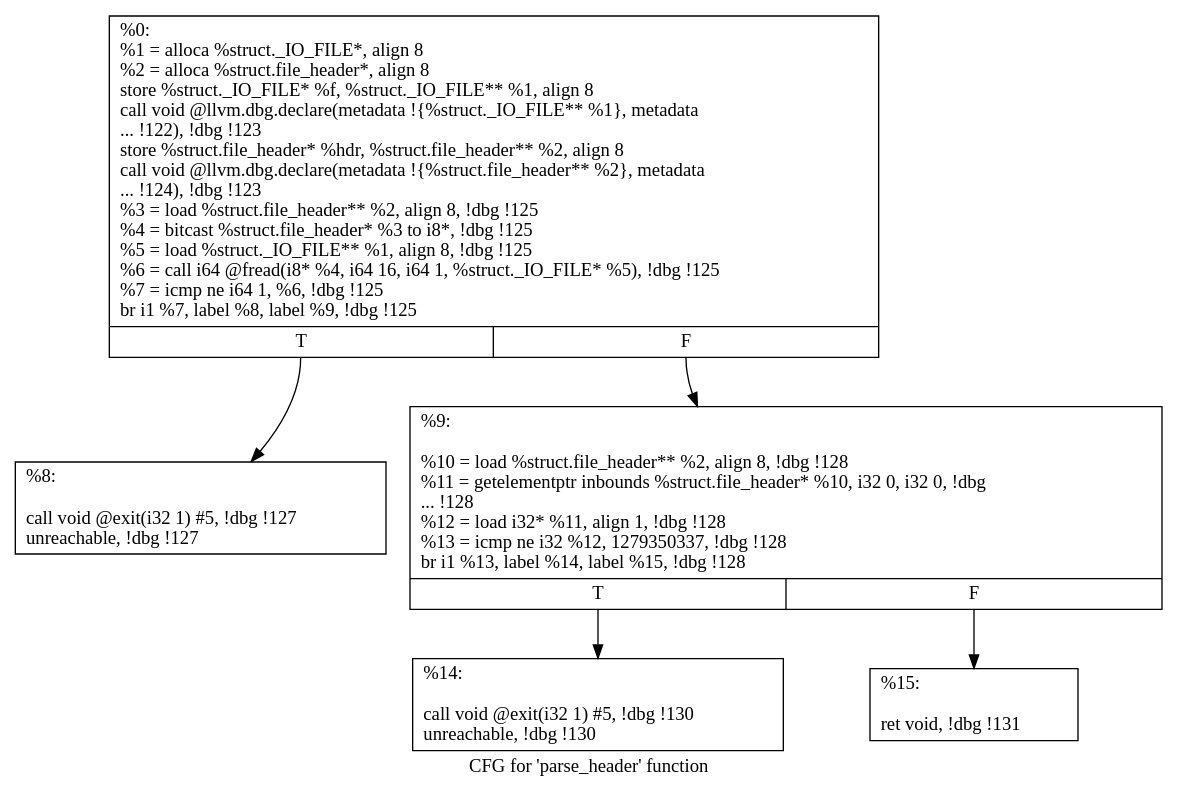
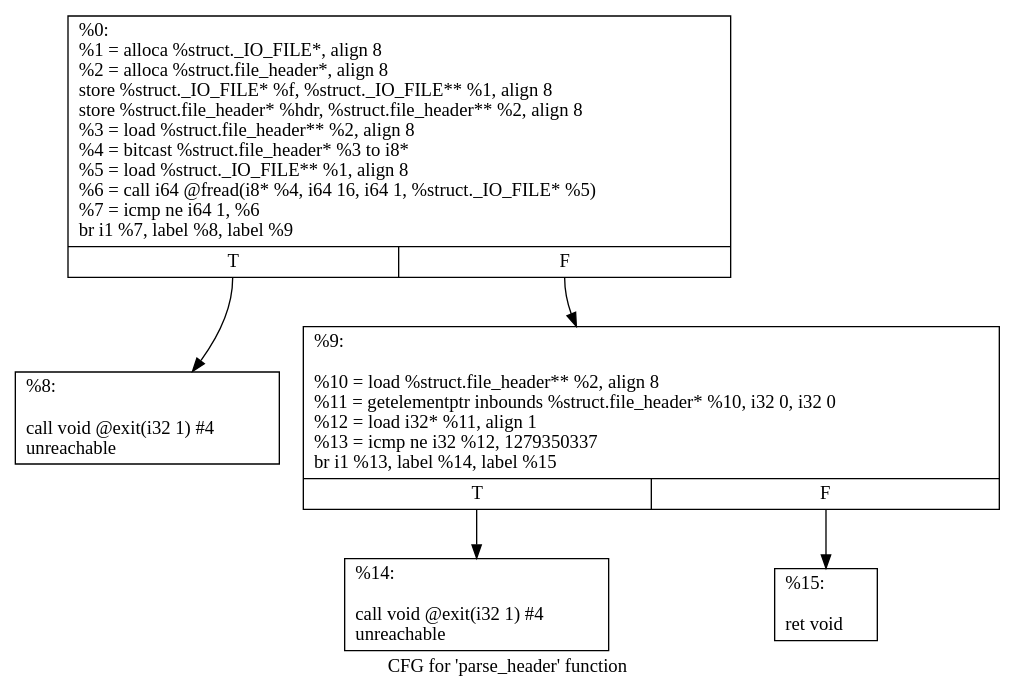
Before and after one commit to Manouchehri/sim-fuzz-1: the diagram in cfg.parse_header.dot, drawn with Graphviz. The commit also changed 15 other files, not shown here.

```diff
--- a/cfg.parse_header.dot
+++ b/cfg.parse_header.dot
@@ -1,13 +1,13 @@
 digraph "CFG for 'parse_header' function" {
 	label="CFG for 'parse_header' function";
 
-	Node0x7e8550 [shape=record,label="{%0:\l  %1 = alloca %struct._IO_FILE*, align 8\l  %2 = alloca %struct.file_header*, align 8\l  store %struct._IO_FILE* %f, %struct._IO_FILE** %1, align 8\l  call void @llvm.dbg.declare(metadata !\{%struct._IO_FILE** %1\}, metadata\l... !122), !dbg !123\l  store %struct.file_header* %hdr, %struct.file_header** %2, align 8\l  call void @llvm.dbg.declare(metadata !\{%struct.file_header** %2\}, metadata\l... !124), !dbg !123\l  %3 = load %struct.file_header** %2, align 8, !dbg !125\l  %4 = bitcast %struct.file_header* %3 to i8*, !dbg !125\l  %5 = load %struct._IO_FILE** %1, align 8, !dbg !125\l  %6 = call i64 @fread(i8* %4, i64 16, i64 1, %struct._IO_FILE* %5), !dbg !125\l  %7 = icmp ne i64 1, %6, !dbg !125\l  br i1 %7, label %8, label %9, !dbg !125\l|{<s0>T|<s1>F}}"];
-	Node0x7e8550:s0 -> Node0x7e85b0;
-	Node0x7e8550:s1 -> Node0x7e8610;
-	Node0x7e85b0 [shape=record,label="{%8:\l\l  call void @exit(i32 1) #5, !dbg !127\l  unreachable, !dbg !127\l}"];
-	Node0x7e8610 [shape=record,label="{%9:\l\l  %10 = load %struct.file_header** %2, align 8, !dbg !128\l  %11 = getelementptr inbounds %struct.file_header* %10, i32 0, i32 0, !dbg\l... !128\l  %12 = load i32* %11, align 1, !dbg !128\l  %13 = icmp ne i32 %12, 1279350337, !dbg !128\l  br i1 %13, label %14, label %15, !dbg !128\l|{<s0>T|<s1>F}}"];
-	Node0x7e8610:s0 -> Node0x7e8670;
-	Node0x7e8610:s1 -> Node0x7e86d0;
-	Node0x7e8670 [shape=record,label="{%14:\l\l  call void @exit(i32 1) #5, !dbg !130\l  unreachable, !dbg !130\l}"];
-	Node0x7e86d0 [shape=record,label="{%15:\l\l  ret void, !dbg !131\l}"];
+	Node0x758a70 [shape=record,label="{%0:\l  %1 = alloca %struct._IO_FILE*, align 8\l  %2 = alloca %struct.file_header*, align 8\l  store %struct._IO_FILE* %f, %struct._IO_FILE** %1, align 8\l  store %struct.file_header* %hdr, %struct.file_header** %2, align 8\l  %3 = load %struct.file_header** %2, align 8\l  %4 = bitcast %struct.file_header* %3 to i8*\l  %5 = load %struct._IO_FILE** %1, align 8\l  %6 = call i64 @fread(i8* %4, i64 16, i64 1, %struct._IO_FILE* %5)\l  %7 = icmp ne i64 1, %6\l  br i1 %7, label %8, label %9\l|{<s0>T|<s1>F}}"];
+	Node0x758a70:s0 -> Node0x758ad0;
+	Node0x758a70:s1 -> Node0x758b30;
+	Node0x758ad0 [shape=record,label="{%8:\l\l  call void @exit(i32 1) #4\l  unreachable\l}"];
+	Node0x758b30 [shape=record,label="{%9:\l\l  %10 = load %struct.file_header** %2, align 8\l  %11 = getelementptr inbounds %struct.file_header* %10, i32 0, i32 0\l  %12 = load i32* %11, align 1\l  %13 = icmp ne i32 %12, 1279350337\l  br i1 %13, label %14, label %15\l|{<s0>T|<s1>F}}"];
+	Node0x758b30:s0 -> Node0x758b90;
+	Node0x758b30:s1 -> Node0x758bf0;
+	Node0x758b90 [shape=record,label="{%14:\l\l  call void @exit(i32 1) #4\l  unreachable\l}"];
+	Node0x758bf0 [shape=record,label="{%15:\l\l  ret void\l}"];
 }
```
